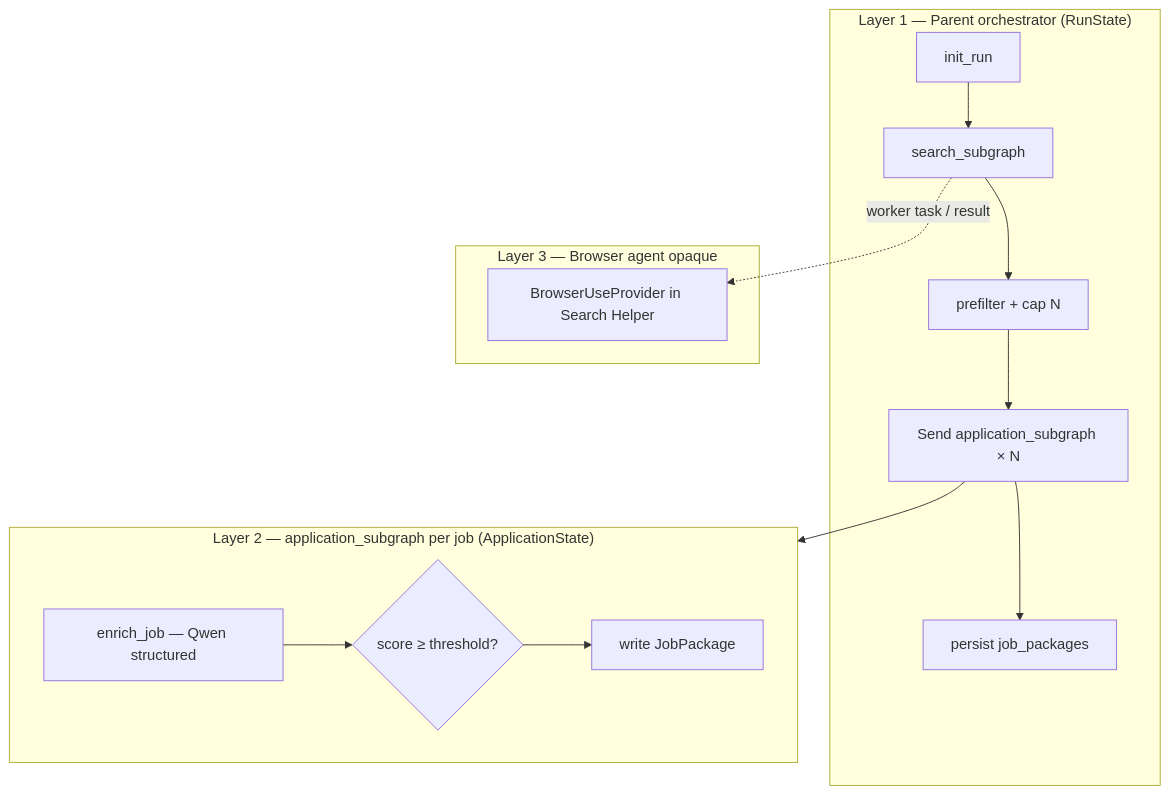
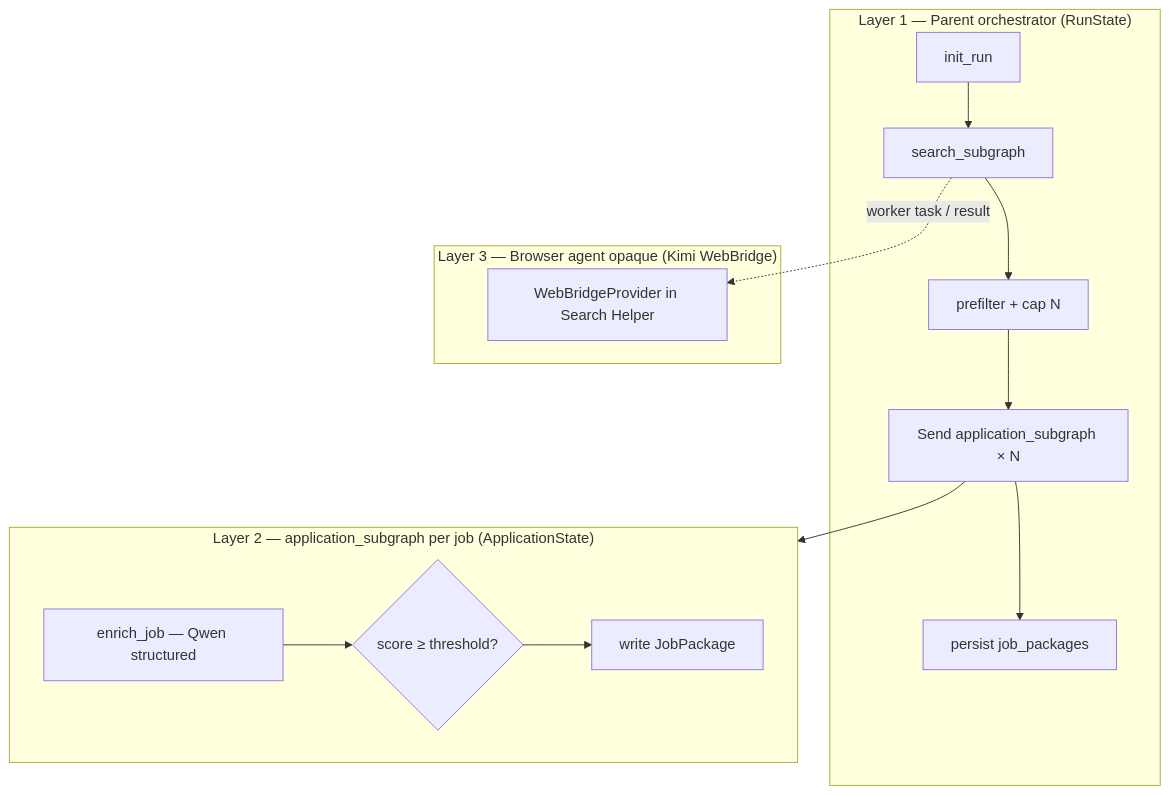
Before and after one commit to HamzaFayaz/JobPilot: the second of 2 diagrams in System Design/jobpilot-agent-build-guide.md, drawn with Mermaid. The commit also changed other lines of this file and 23 other files, not shown here.

Commit message:
Refactor browser provider to Kimi WebBridge, replacing deprecated Browser-Use. Update documentation and configuration files to reflect changes in the Search Helper architecture and user setup. Ensure seamless integration with existing APIs and maintain user session continuity in Chrome.

````diff
--- a/System Design/jobpilot-agent-build-guide.md
+++ b/System Design/jobpilot-agent-build-guide.md
@@ -127,25 +130,25 @@
 ```mermaid
 flowchart TB
   subgraph L1 ["Layer 1 — Parent orchestrator (RunState)"]
     init[init_run]
     searchSG[search_subgraph]
     prefilter[prefilter + cap N]
     fanout[Send application_subgraph × N]
     merge[persist job_packages]
     init --> searchSG --> prefilter --> fanout --> merge
   end
 
   subgraph L2 ["Layer 2 — application_subgraph per job (ApplicationState)"]
     enrich[enrich_job — Qwen structured]
     gate{score ≥ threshold?}
     pkg[write JobPackage]
     enrich --> gate --> pkg
   end
 
-  subgraph L3 ["Layer 3 — Browser agent opaque"]
-    bu[BrowserUseProvider in Search Helper]
+  subgraph L3 ["Layer 3 — Browser agent opaque (Kimi WebBridge)"]
+    wb[WebBridgeProvider in Search Helper]
   end
 
-  searchSG -.->|worker task / result| bu
+  searchSG -.->|worker task / result| wb
   fanout --> L2
 ```
````
